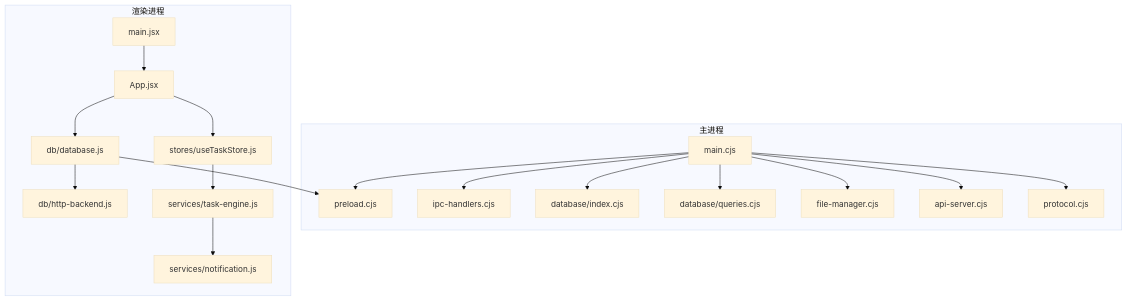
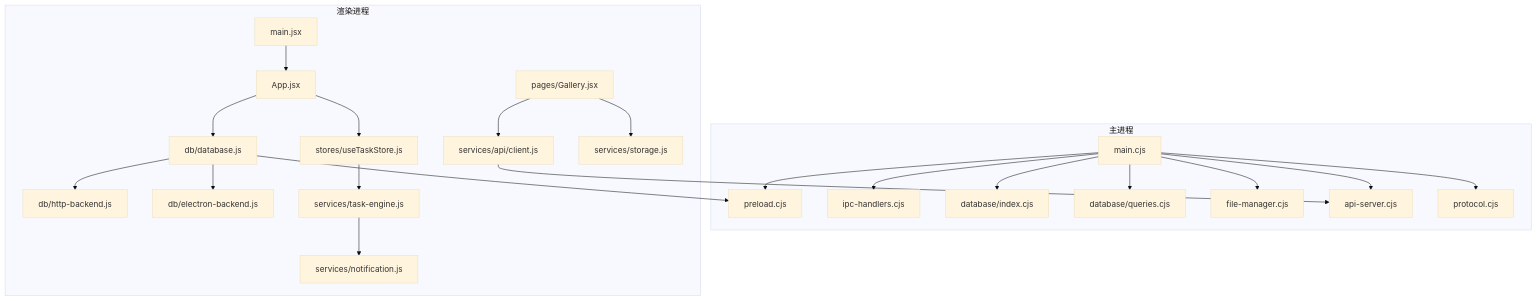
One commit to AlbusWei/AI-Image-Studio changed the first of 14 diagrams in .qoder/repowiki/zh/content/架构设计/Electron 桌面应用架构.md. Above: the diagram before and after it, drawn with Mermaid (base theme). The commit also changed other lines of this file and 26 other files, not shown here.

Commit message:
fix: 修复 Gallery 图片显示 broken image 问题

````diff
--- a/.qoder/repowiki/zh/content/架构设计/Electron 桌面应用架构.md
+++ b/.qoder/repowiki/zh/content/架构设计/Electron 桌面应用架构.md
@@ -71,36 +78,44 @@
 ```mermaid
 graph TB
 subgraph "主进程"
 M["main.cjs"]
 P["preload.cjs"]
 H["ipc-handlers.cjs"]
 DBI["database/index.cjs"]
 DBQ["database/queries.cjs"]
 FM["file-manager.cjs"]
 API["api-server.cjs"]
 PR["protocol.cjs"]
 end
 subgraph "渲染进程"
 RMain["main.jsx"]
 App["App.jsx"]
 DBF["db/database.js"]
 HTTPB["db/http-backend.js"]
+ELEC["db/electron-backend.js"]
 TE["services/task-engine.js"]
 TS["stores/useTaskStore.js"]
 NTF["services/notification.js"]
+CLI["services/api/client.js"]
+GAL["pages/Gallery.jsx"]
+STO["services/storage.js"]
 end
 M --> P
 M --> H
 M --> DBI
 M --> DBQ
 M --> FM
 M --> API
 M --> PR
 RMain --> App
 App --> DBF
 DBF --> HTTPB
+DBF --> ELEC
 App --> TS
 TS --> TE
 TE --> NTF
 DBF --> P
+CLI --> API
+GAL --> CLI
+GAL --> STO
 ```
````
